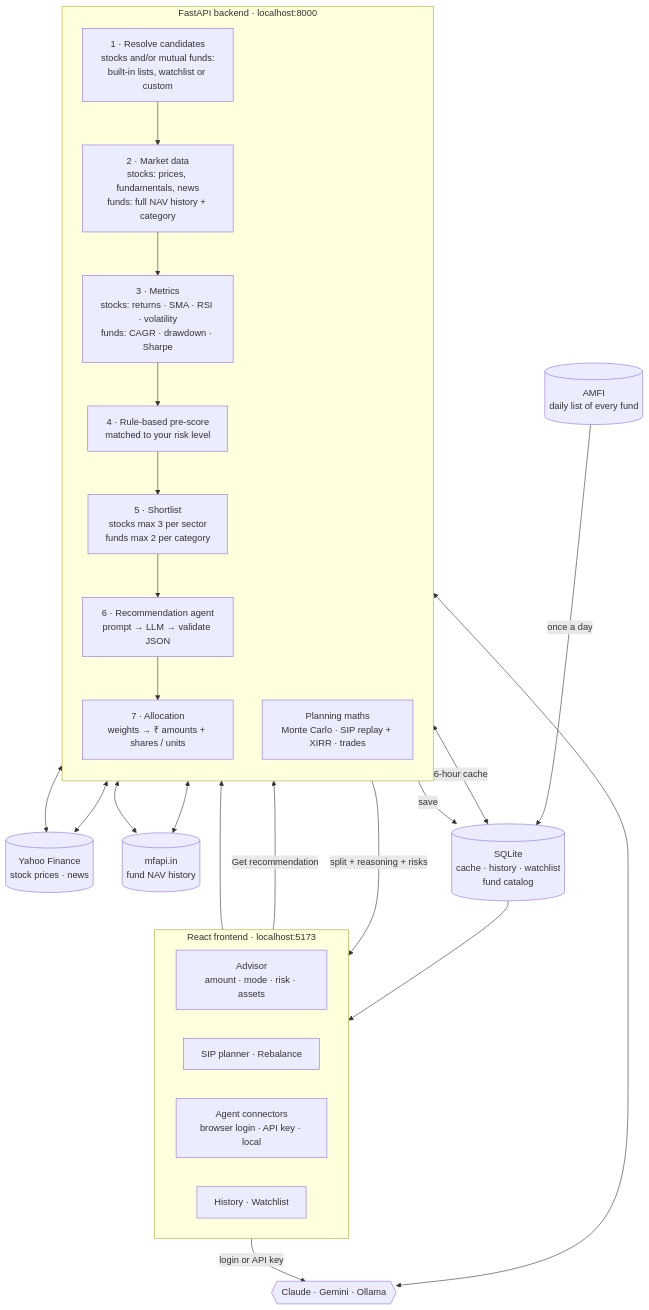
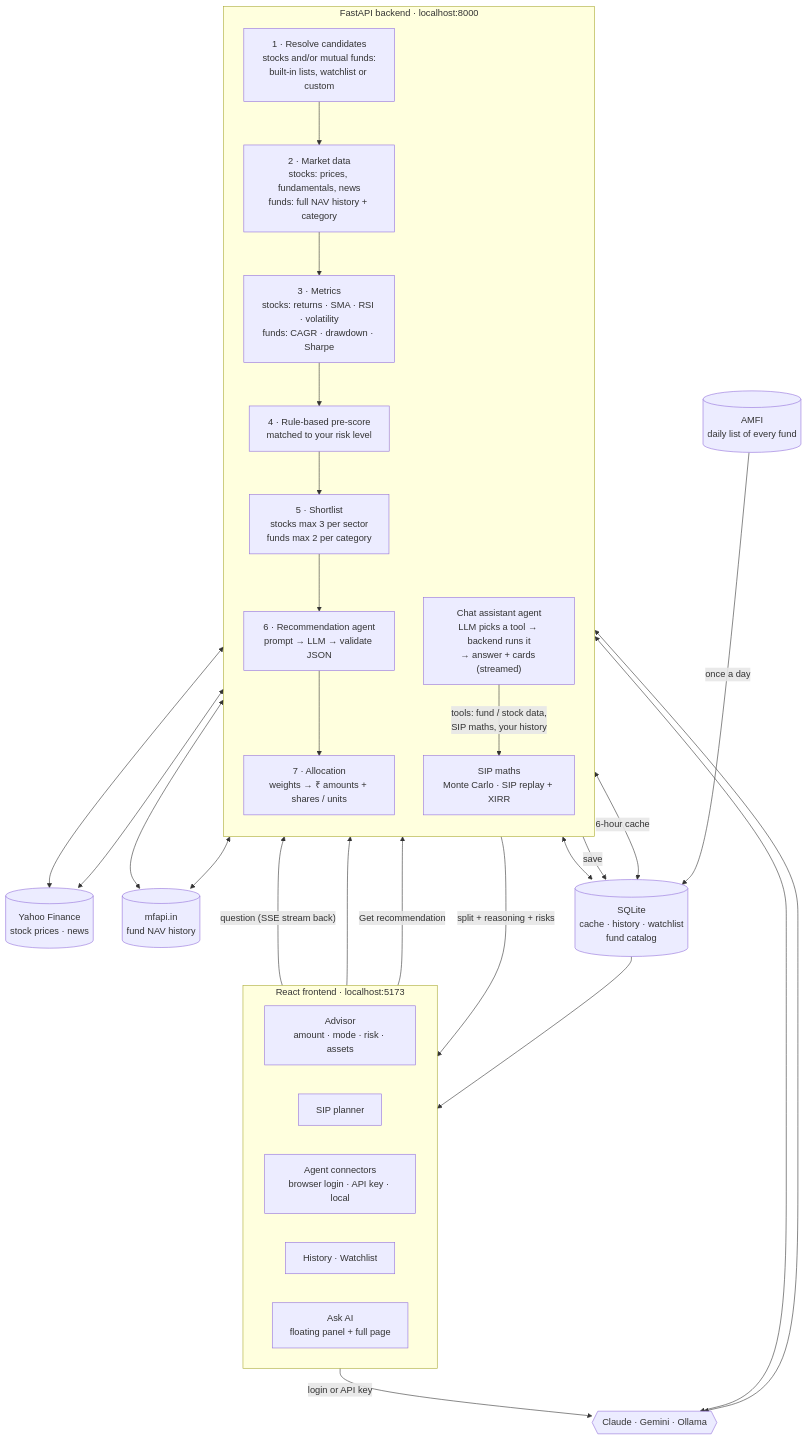
The diagram in README.md (ranjan162003/stock-advisor-agent), drawn with Mermaid before and after one commit. The commit also changed other lines of this file and 88 other files, not shown here.

````diff
--- a/README.md
+++ b/README.md
@@ -33,43 +43,49 @@
 ```mermaid
 flowchart TB
     subgraph UI["React frontend · localhost:5173"]
         direction LR
         ADV["Advisor<br/>amount · mode · risk · assets"]
-        PLAN["SIP planner · Rebalance"]
+        PLAN["SIP planner"]
         CON["Agent connectors<br/>browser login · API key · local"]
         HIS["History · Watchlist"]
+        ASK["Ask AI<br/>floating panel + full page"]
     end
 
     subgraph API["FastAPI backend · localhost:8000"]
         direction TB
         TICK["1 · Resolve candidates<br/>stocks and/or mutual funds:<br/>built-in lists, watchlist or custom"]
         DATA["2 · Market data<br/>stocks: prices, fundamentals, news<br/>funds: full NAV history + category"]
         IND["3 · Metrics<br/>stocks: returns · SMA · RSI · volatility<br/>funds: CAGR · drawdown · Sharpe"]
         SCORE["4 · Rule-based pre-score<br/>matched to your risk level"]
         SHORT["5 · Shortlist<br/>stocks max 3 per sector<br/>funds max 2 per category"]
         AGENT["6 · Recommendation agent<br/>prompt → LLM → validate JSON"]
         ALLOC["7 · Allocation<br/>weights → ₹ amounts + shares / units"]
         TICK --> DATA --> IND --> SCORE --> SHORT --> AGENT --> ALLOC
-        CALC["Planning maths<br/>Monte Carlo · SIP replay + XIRR · trades"]
+        CALC["SIP maths<br/>Monte Carlo · SIP replay + XIRR"]
+        CHAT["Chat assistant agent<br/>LLM picks a tool → backend runs it<br/>→ answer + cards (streamed)"]
     end
 
     YAHOO[("Yahoo Finance<br/>stock prices · news")]
     MFAPI[("mfapi.in<br/>fund NAV history")]
     AMFI[("AMFI<br/>daily list of every fund")]
     LLM{{"Claude · Gemini · Ollama"}}
     DB[("SQLite<br/>cache · history · watchlist<br/>fund catalog")]
 
     ADV -- "Get recommendation" --> TICK
     ALLOC -- "split + reasoning + risks" --> ADV
     PLAN --> CALC
     CALC <--> MFAPI
     CALC <--> YAHOO
     DATA <--> YAHOO
     DATA <--> MFAPI
     AMFI -- "once a day" --> DB
     DATA <-- "6-hour cache" --> DB
     AGENT <--> LLM
     CON -- "login or API key" --> LLM
     ALLOC -- "save" --> DB
     DB --> HIS
+    ASK -- "question (SSE stream back)" --> CHAT
+    CHAT <--> LLM
+    CHAT -- "tools: fund / stock data,<br/>SIP maths, your history" --> CALC
+    CHAT <--> DB
 ```
````
